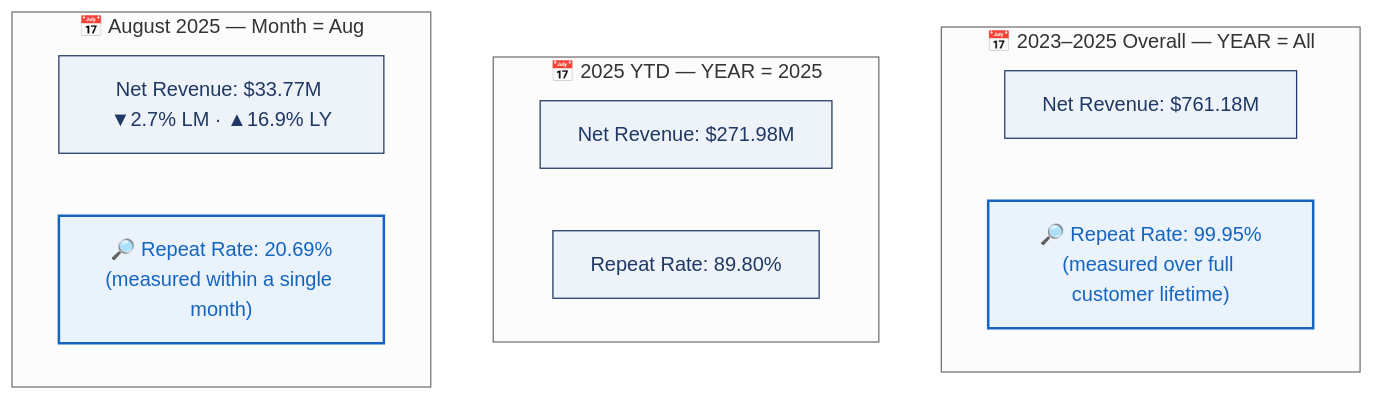
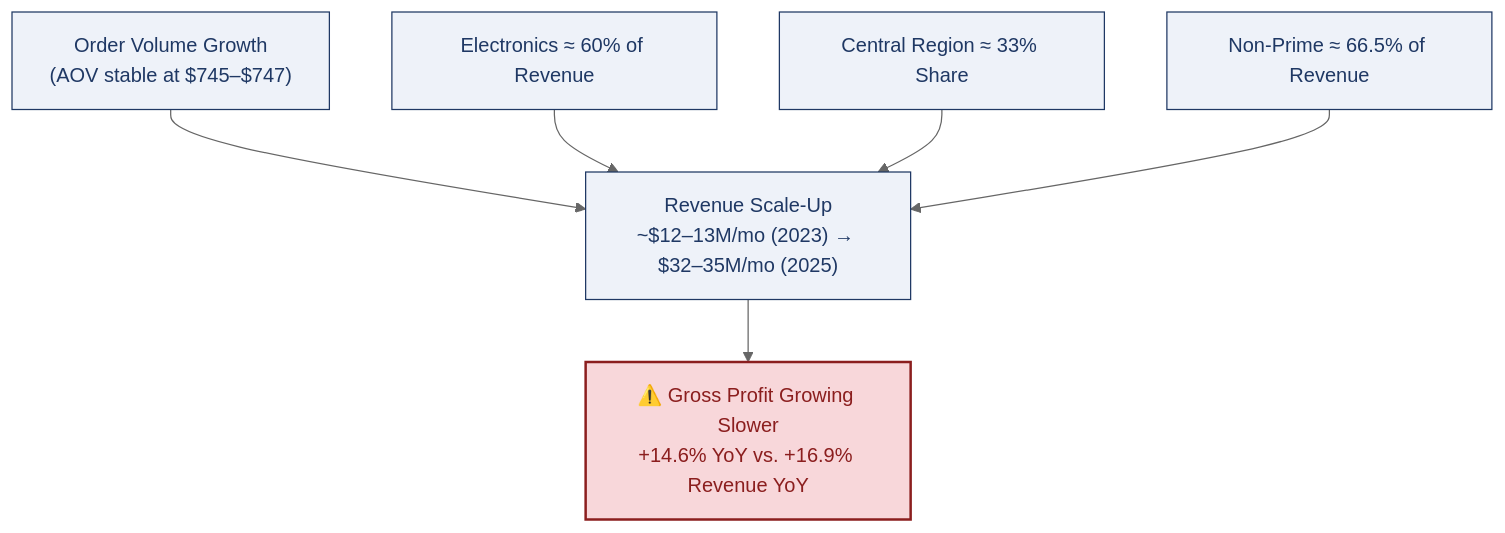
One commit to ankitkumargaya/E-Commerce-Analytics-Dashboard changed the diagram in README.md. Above: the diagram before and after it, drawn with Mermaid (neutral theme). The commit also changed other lines of this file, not shown here.

````diff
--- a/README.md
+++ b/README.md
@@ -93,20 +93,13 @@
 ```mermaid
 flowchart TD
-    subgraph S1["📅 2023–2025 Overall — YEAR = All"]
-        S1A["Net Revenue: $761.18M"]
-        S1B["🔎 Repeat Rate: 99.95%<br/>(measured over full customer lifetime)"]
-    end
-    subgraph S2["📅 2025 YTD — YEAR = 2025"]
-        S2A["Net Revenue: $271.98M"]
-        S2B["Repeat Rate: 89.80%"]
-    end
-    subgraph S3["📅 August 2025 — Month = Aug"]
-        S3A["Net Revenue: $33.77M ▼2.7% LM · ▲16.9% LY"]
-        S3B["🔎 Repeat Rate: 20.69%<br/>(measured within a single month)"]
-    end
+    A["Order Volume Growth<br/>(AOV stable at $745–$747)"] --> B["Revenue Scale-Up<br/>~$12–13M/mo (2023) → $32–35M/mo (2025)"]
+    C["Electronics ≈ 60% of Revenue"] --> B
+    D["Central Region ≈ 33% Share"] --> B
+    E["Non-Prime ≈ 66.5% of Revenue"] --> B
+    B --> F["⚠️ Gross Profit Growing Slower<br/>+14.6% YoY vs. +16.9% Revenue YoY"]
 
-    classDef note fill:#eaf2fb,stroke:#1565C0,color:#1565C0,stroke-width:2px;
-    classDef normal fill:#eef2f9,stroke:#1f3864,color:#1f3864;
-    class S1B,S3B note;
-    class S1A,S2A,S2B,S3A normal;
+    classDef risk fill:#f8d7da,stroke:#8b1e1e,color:#8b1e1e,stroke-width:2px;
+    classDef driver fill:#eef2f9,stroke:#1f3864,color:#1f3864;
+    class F risk;
+    class A,B,C,D,E driver;
 ```
````
